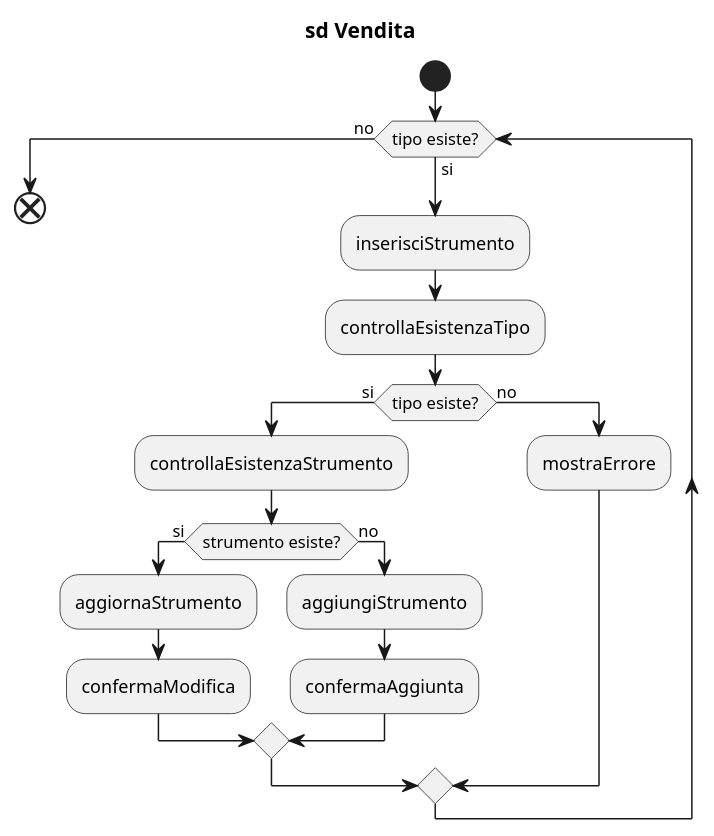
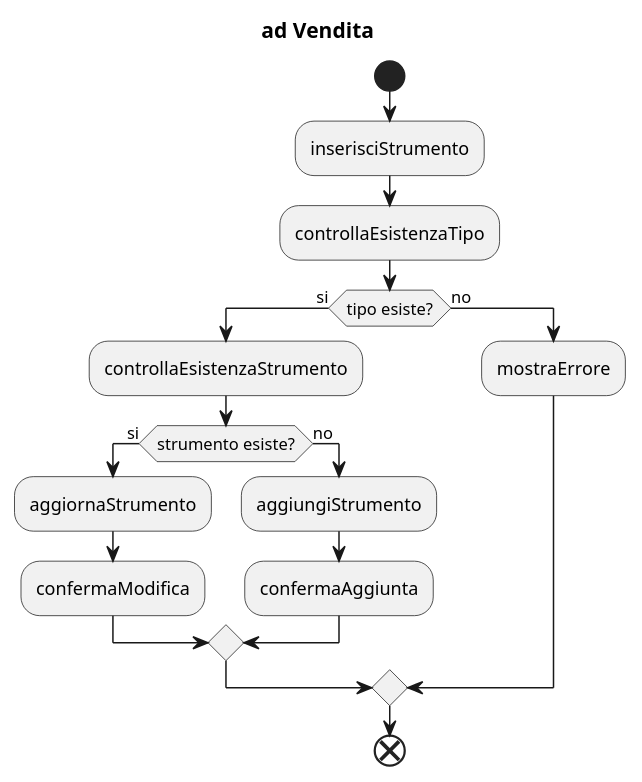
One commit to sprinja/Progetto_Shop_Strumenti_Musicali changed the diagram in uml/Diagrammi di attività/Diagrammadiattivita_Vendita.puml. Above: the diagram before and after it, drawn with PlantUML. The commit also changed 16 other files, not shown here.

```diff
--- a/uml/Diagrammi di attività/Diagrammadiattivita_Vendita.puml
+++ b/uml/Diagrammi di attività/Diagrammadiattivita_Vendita.puml
@@ -1,22 +1,20 @@
 @startuml
-title sd Vendita
+title ad Vendita
 
 start
-while (tipo esiste?) is (si)
-    :inserisciStrumento;
-    :controllaEsistenzaTipo;
-    if (tipo esiste?) then (si)
-        :controllaEsistenzaStrumento;
-        if (strumento esiste?) then (si)
-            :aggiornaStrumento;
-            :confermaModifica;
-        else (no)
-            :aggiungiStrumento;
-            :confermaAggiunta;
-        endif
+:inserisciStrumento;
+:controllaEsistenzaTipo;
+if (tipo esiste?) then (si)
+    :controllaEsistenzaStrumento;
+    if (strumento esiste?) then (si)
+        :aggiornaStrumento;
+        :confermaModifica;
     else (no)
-        :mostraErrore;
+        :aggiungiStrumento;
+        :confermaAggiunta;
     endif
-endwhile (no)
+else (no)
+    :mostraErrore;
+endif
 end
 @enduml
```
